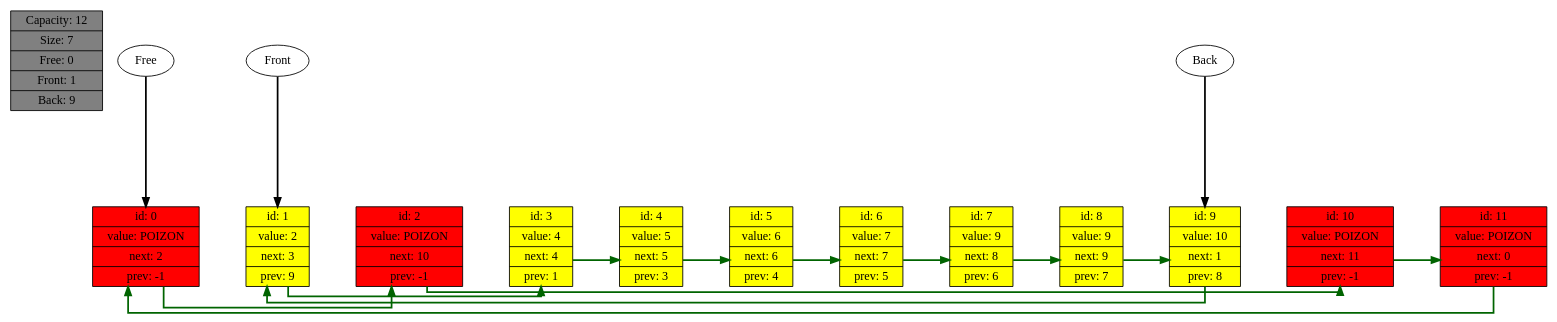
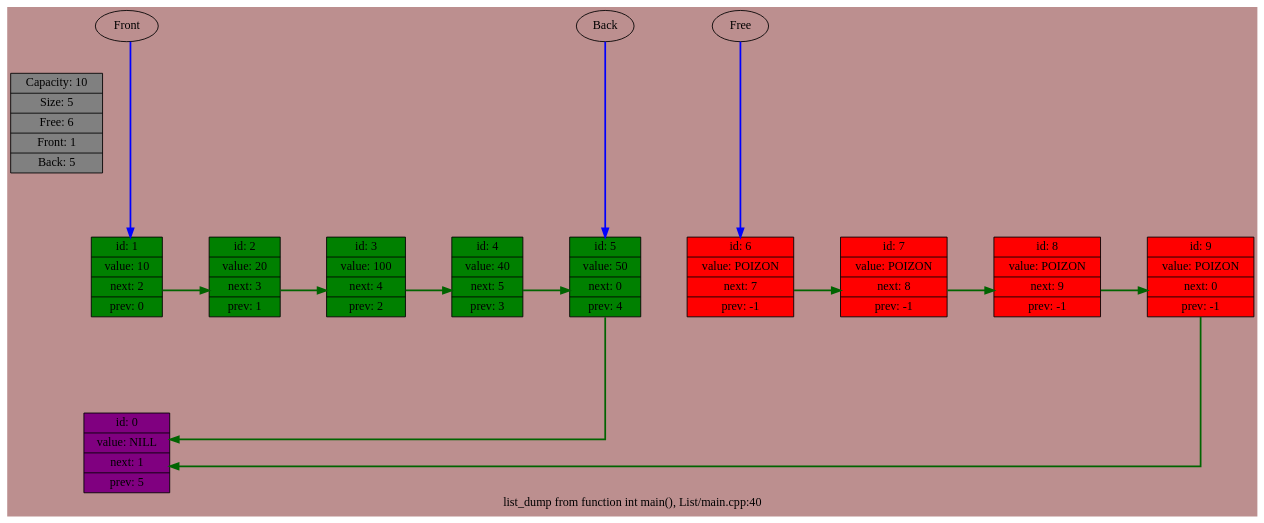
One commit to Amlola/List changed the diagram in List_Index/dotfile.dot. Above: the diagram before and after it, drawn with Graphviz. The commit also changed 12 other files, not shown here.

```diff
--- a/List_Index/dotfile.dot
+++ b/List_Index/dotfile.dot
@@ -1,54 +1,48 @@
-digraph G {size="30"; rankdir = TB
-splines = ortho; edge[minlen = 3, penwidth = 2];
+digraph G {bgcolor=RosyBrown rankdir = TB
+splines = ortho; edge[minlen = 3, penwidth = 2; color = blue];
 
-Info[shape=record, fillcolor="grey", width=0.2, style="filled",label=" {Capacity: 12 | Size: 7 | Free: 0 | Front: 1 | Back: 9}"] 
+label = "list_dump from function int main(), List/main.cpp:40";
+Info[shape=record, fillcolor="grey", width=0.2, style="filled",label=" {Capacity: 10 | Size: 5 | Free: 6 | Front: 1 | Back: 5}"] 
 
+{rank = max; node0[shape=record, width=0.2, style="filled", fillcolor="purple",label=" {id: 0 | value: NILL | next: 1 | prev: 5}"]} 
+ 
 {rank = same;
-node0[shape=record, width=0.2, style="filled", fillcolor="red",label=" {id: 0 | value: POIZON | next: 2 | prev: -1}"] 
+node1[shape=record, width=0.2, style="filled", fillcolor="green",label=" {id: 1 | value: 10 | next: 2 | prev: 0}"] 
  
-node1[shape=record, width=0.2, style="filled", fillcolor="yellow",label=" {id: 1 | value: 2 | next: 3 | prev: 9}"] 
+node2[shape=record, width=0.2, style="filled", fillcolor="green",label=" {id: 2 | value: 20 | next: 3 | prev: 1}"] 
  
-node2[shape=record, width=0.2, style="filled", fillcolor="red",label=" {id: 2 | value: POIZON | next: 10 | prev: -1}"] 
+node3[shape=record, width=0.2, style="filled", fillcolor="green",label=" {id: 3 | value: 100 | next: 4 | prev: 2}"] 
  
-node3[shape=record, width=0.2, style="filled", fillcolor="yellow",label=" {id: 3 | value: 4 | next: 4 | prev: 1}"] 
+node4[shape=record, width=0.2, style="filled", fillcolor="green",label=" {id: 4 | value: 40 | next: 5 | prev: 3}"] 
  
-node4[shape=record, width=0.2, style="filled", fillcolor="yellow",label=" {id: 4 | value: 5 | next: 5 | prev: 3}"] 
+node5[shape=record, width=0.2, style="filled", fillcolor="green",label=" {id: 5 | value: 50 | next: 0 | prev: 4}"] 
  
-node5[shape=record, width=0.2, style="filled", fillcolor="yellow",label=" {id: 5 | value: 6 | next: 6 | prev: 4}"] 
+node6[shape=record, width=0.2, style="filled", fillcolor="red",label=" {id: 6 | value: POIZON | next: 7 | prev: -1}"] 
  
-node6[shape=record, width=0.2, style="filled", fillcolor="yellow",label=" {id: 6 | value: 7 | next: 7 | prev: 5}"] 
+node7[shape=record, width=0.2, style="filled", fillcolor="red",label=" {id: 7 | value: POIZON | next: 8 | prev: -1}"] 
  
-node7[shape=record, width=0.2, style="filled", fillcolor="yellow",label=" {id: 7 | value: 9 | next: 8 | prev: 6}"] 
+node8[shape=record, width=0.2, style="filled", fillcolor="red",label=" {id: 8 | value: POIZON | next: 9 | prev: -1}"] 
  
-node8[shape=record, width=0.2, style="filled", fillcolor="yellow",label=" {id: 8 | value: 9 | next: 9 | prev: 7}"] 
- 
-node9[shape=record, width=0.2, style="filled", fillcolor="yellow",label=" {id: 9 | value: 10 | next: 1 | prev: 8}"] 
- 
-node10[shape=record, width=0.2, style="filled", fillcolor="red",label=" {id: 10 | value: POIZON | next: 11 | prev: -1}"] 
- 
-node11[shape=record, width=0.2, style="filled", fillcolor="red",label=" {id: 11 | value: POIZON | next: 0 | prev: -1}"] 
+node9[shape=record, width=0.2, style="filled", fillcolor="red",label=" {id: 9 | value: POIZON | next: 0 | prev: -1}"] 
  
 }
-Free->node0
+Free->node6
 Front->node1
-Back->node9
+Back->node5
 
 edge[color=darkgreen, constraint = true]
-node0 -> node1 -> node2 -> node3 -> node4 -> node5 -> node6 -> node7 -> node8 -> node9 -> node10 -> node11
+node0 -> node1 -> node2 -> node3 -> node4 -> node5 -> node6 -> node7 -> node8 -> node9
 [style=invis, weight = 10000];
 
 edge[style=solid, constraint = false]
-node0 -> node2;
-node1 -> node3;
-node2 -> node10;
+node1 -> node2;
+node2 -> node3;
 node3 -> node4;
 node4 -> node5;
-node5 -> node6;
+node5 -> node0;
 node6 -> node7;
 node7 -> node8;
 node8 -> node9;
-node9 -> node1;
-node10 -> node11;
-node11 -> node0;
+node9 -> node0;
 
 }
```
